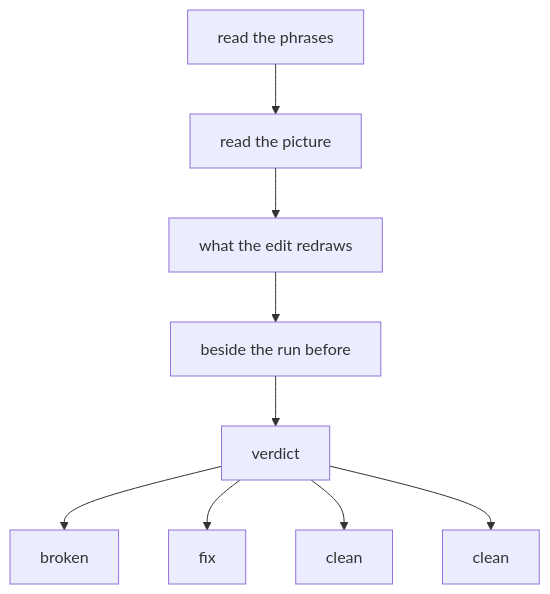
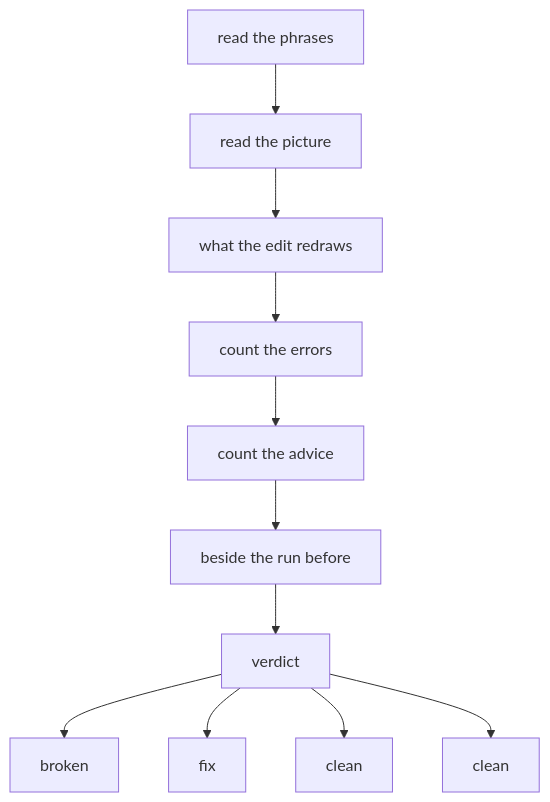
One commit to footprintjs/storyreel changed the diagram in src/check/README.md. Above: the diagram before and after it, drawn with Mermaid. The commit also changed other lines of this file and 8 other files, not shown here.

````diff
--- a/src/check/README.md
+++ b/src/check/README.md
@@ -35,20 +35,24 @@
 ```mermaid
 flowchart TD
 phrases["read the phrases"]
 phrases --> picture
 picture["read the picture"]
 picture --> changes
 changes["what the edit redraws"]
-changes --> since
+changes --> errors
+errors["count the errors"]
+errors --> advice
+advice["count the advice"]
+advice --> since
 since["beside the run before"]
 since --> verdict
 verdict["verdict"]
 verdict --> broken
 broken["broken"]
 verdict --> fix
 fix["fix"]
 verdict --> clean
 clean["clean"]
 verdict --> default
 default["clean"]
 ```
````
